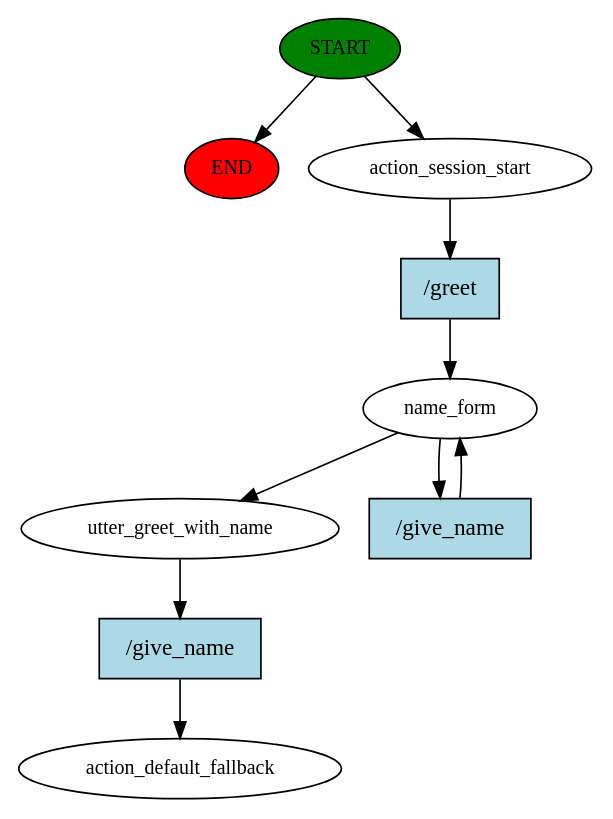
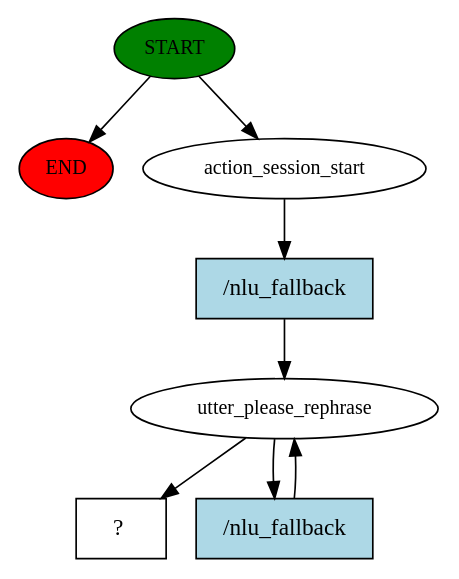
The diagram in story_graph.dot (top1808/chatbot-fashion), drawn with Graphviz before and after one commit. The commit also changed 14 other files, not shown here.

Commit message:
add action and nlu

```diff
--- a/story_graph.dot
+++ b/story_graph.dot
@@ -1,20 +1,16 @@
 digraph  {
 0 [class="start active", fillcolor=green, fontsize=12, label=START, style=filled];
 "-1" [class=end, fillcolor=red, fontsize=12, label=END, style=filled];
 1 [class=active, fontsize=12, label=action_session_start];
-2 [class=active, fontsize=12, label=name_form];
-4 [class=active, fontsize=12, label=utter_greet_with_name];
-5 [class="dashed active", fontsize=12, label=action_default_fallback];
-6 [class="intent active", fillcolor=lightblue, label="/greet", shape=rect, style=filled];
-7 [class="intent active", fillcolor=lightblue, label="/give_name", shape=rect, style=filled];
-8 [class="intent active", fillcolor=lightblue, label="/give_name", shape=rect, style=filled];
+2 [class=active, fontsize=12, label=utter_please_rephrase];
+4 [class="intent dashed active", label="  ?  ", shape=rect];
+5 [class="intent active", fillcolor=lightblue, label="/nlu_fallback", shape=rect, style=filled];
+6 [class="intent active", fillcolor=lightblue, label="/nlu_fallback", shape=rect, style=filled];
 0 -> "-1"  [class="", key=NONE, label=""];
 0 -> 1  [class=active, key=NONE, label=""];
-1 -> 6  [class=active, key=0];
+1 -> 5  [class=active, key=0];
 2 -> 4  [class=active, key=NONE, label=""];
-2 -> 7  [class=active, key=0];
-4 -> 8  [class=active, key=0];
+2 -> 6  [class=active, key=0];
+5 -> 2  [class=active, key=0];
 6 -> 2  [class=active, key=0];
-7 -> 2  [class=active, key=0];
-8 -> 5  [class=active, key=0];
 }
```
